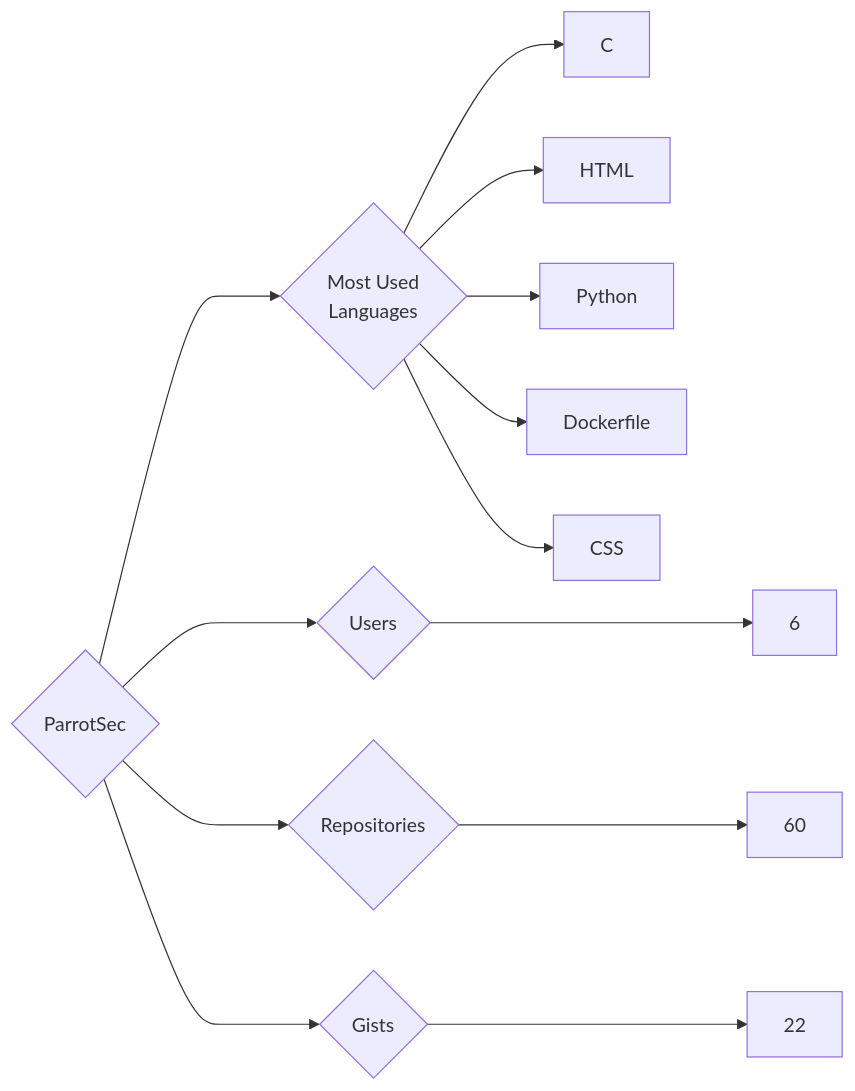
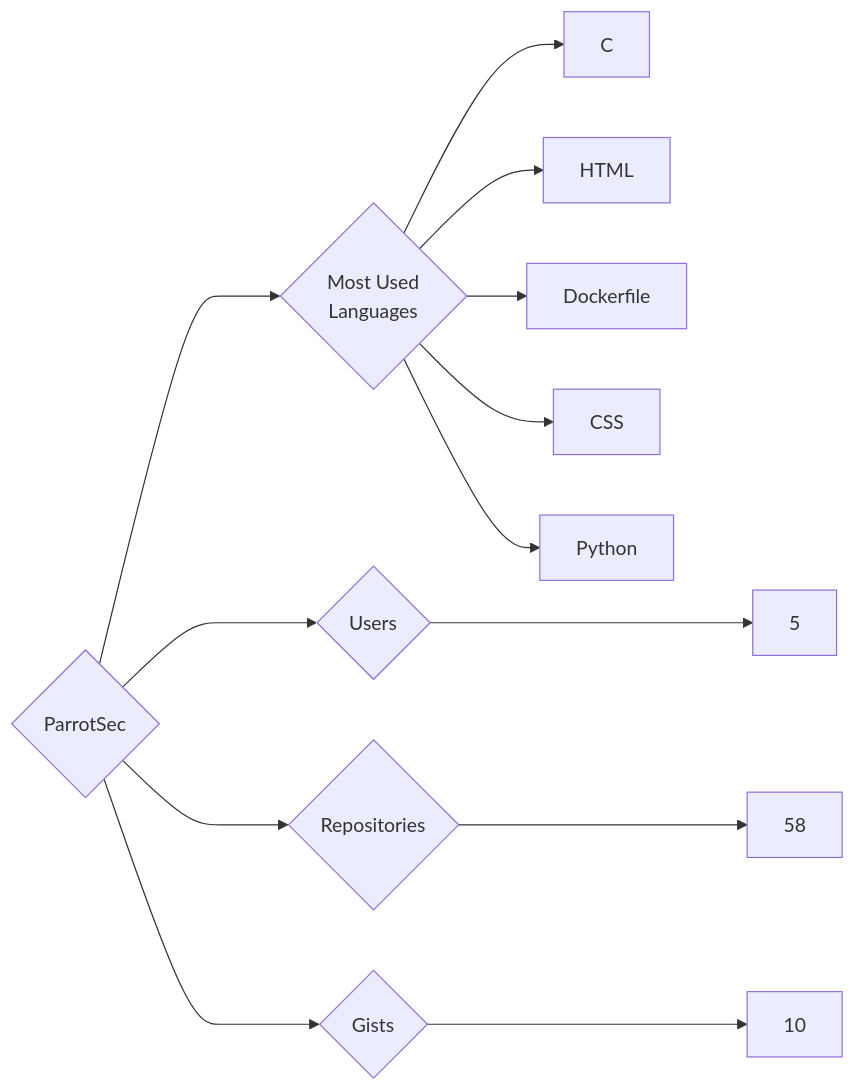
Before and after one commit to trickest/insiders: the diagram in targets/ParrotSec/README.md, drawn with Mermaid. The commit also changed 1389 other files, not shown here.

````diff
--- a/targets/ParrotSec/README.md
+++ b/targets/ParrotSec/README.md
@@ -3,13 +3,13 @@
 ```mermaid
 graph LR
 COMPANY_NAME{ParrotSec}
-COMPANY_NAME ---> U{Users} ---> UN[6]
-COMPANY_NAME ---> R{Repositories} ---> RN[60]
-COMPANY_NAME ---> G{Gists} ---> GN[22]
+COMPANY_NAME ---> U{Users} ---> UN[5]
+COMPANY_NAME ---> R{Repositories} ---> RN[58]
+COMPANY_NAME ---> G{Gists} ---> GN[10]
 COMPANY_NAME ---> ML{Most Used<br>Languages}
 ML --> C[C]
 ML --> HTML[HTML]
-ML --> Python[Python]
 ML --> Dockerfile[Dockerfile]
 ML --> CSS[CSS]
+ML --> Python[Python]
 ```
````
